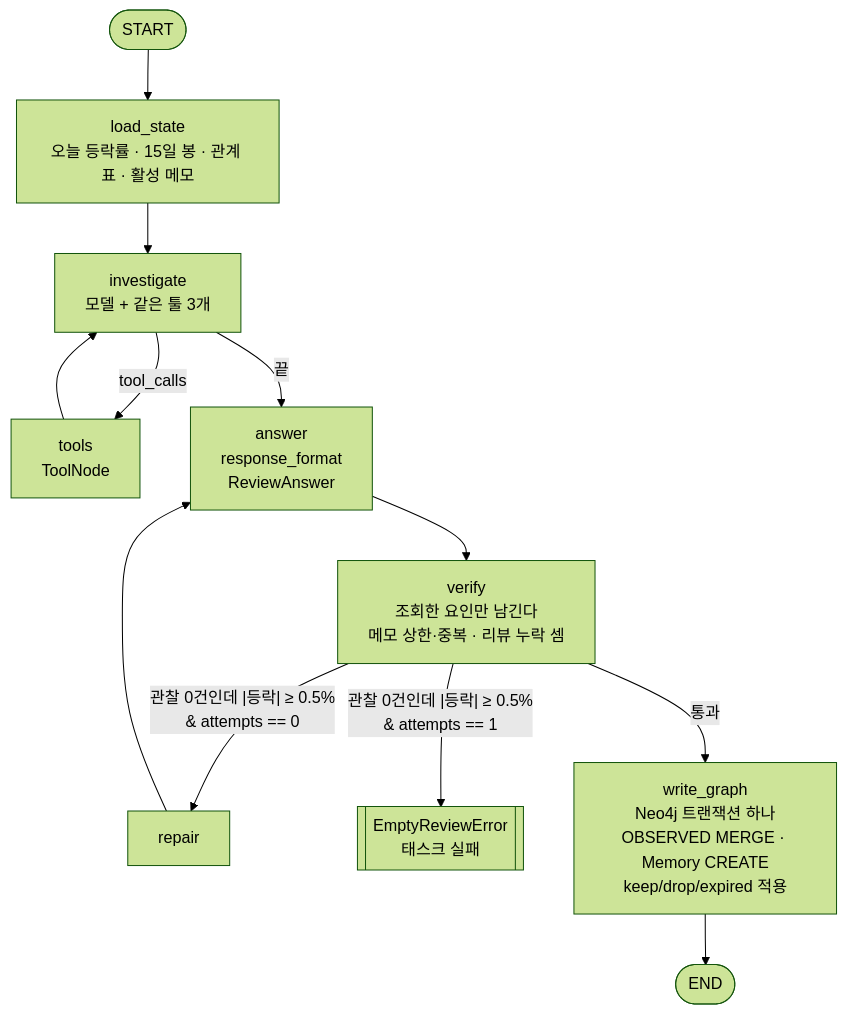
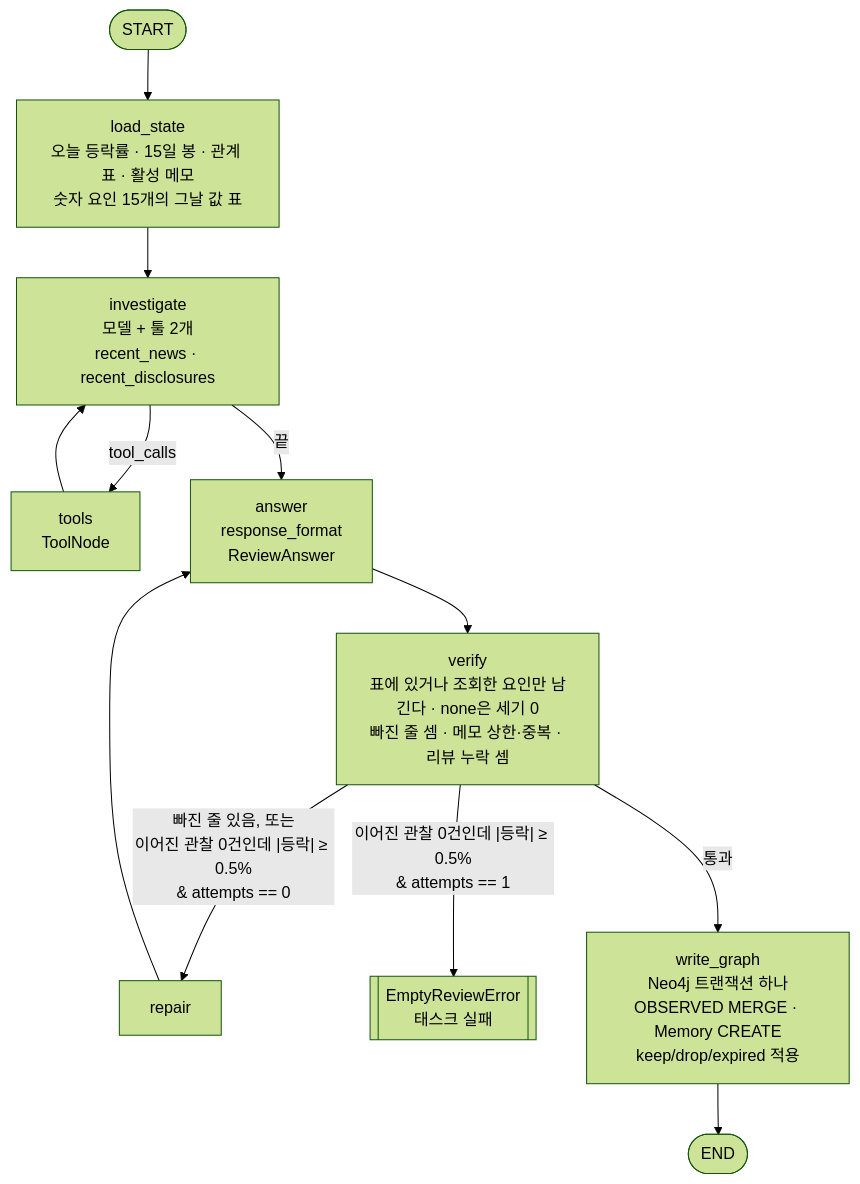
The second of 2 diagrams in docs/analysis/kospi-forecast.md (6691a/finance), drawn with Mermaid (forest theme) before and after one commit. The commit also changed other lines of this file and 46 other files, not shown here.

````diff
--- a/docs/analysis/kospi-forecast.md
+++ b/docs/analysis/kospi-forecast.md
@@ -469,14 +483,14 @@
 ```mermaid
 flowchart TD
-    START([START]) --> load[load_state<br/>오늘 등락률 · 15일 봉 · 관계 표 · 활성 메모]
-    load --> investigate[investigate<br/>모델 + 같은 툴 3개]
+    START([START]) --> load[load_state<br/>오늘 등락률 · 15일 봉 · 관계 표 · 활성 메모<br/>숫자 요인 15개의 그날 값 표]
+    load --> investigate[investigate<br/>모델 + 툴 2개<br/>recent_news · recent_disclosures]
     investigate -->|tool_calls| tools[tools<br/>ToolNode]
     tools --> investigate
     investigate -->|끝| answer[answer<br/>response_format<br/>ReviewAnswer]
-    answer --> verify[verify<br/>조회한 요인만 남긴다<br/>메모 상한·중복 · 리뷰 누락 셈]
-    verify -->|"관찰 0건인데 |등락| ≥ 0.5%<br/>& attempts == 0"| repair[repair]
+    answer --> verify[verify<br/>표에 있거나 조회한 요인만 남긴다 · none은 세기 0<br/>빠진 줄 셈 · 메모 상한·중복 · 리뷰 누락 셈]
+    verify -->|"빠진 줄 있음, 또는<br/>이어진 관찰 0건인데 |등락| ≥ 0.5%<br/>& attempts == 0"| repair[repair]
     repair --> answer
-    verify -->|"관찰 0건인데 |등락| ≥ 0.5%<br/>& attempts == 1"| fail[[EmptyReviewError<br/>태스크 실패]]
+    verify -->|"이어진 관찰 0건인데 |등락| ≥ 0.5%<br/>& attempts == 1"| fail[[EmptyReviewError<br/>태스크 실패]]
     verify -->|통과| write[write_graph<br/>Neo4j 트랜잭션 하나<br/>OBSERVED MERGE · Memory CREATE<br/>keep/drop/expired 적용]
     write --> END([END])
 ```
````
